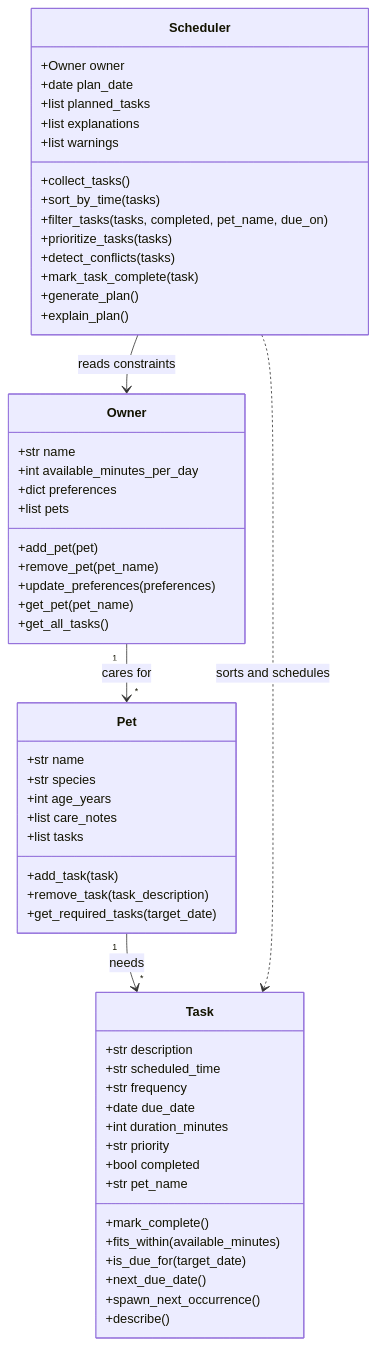
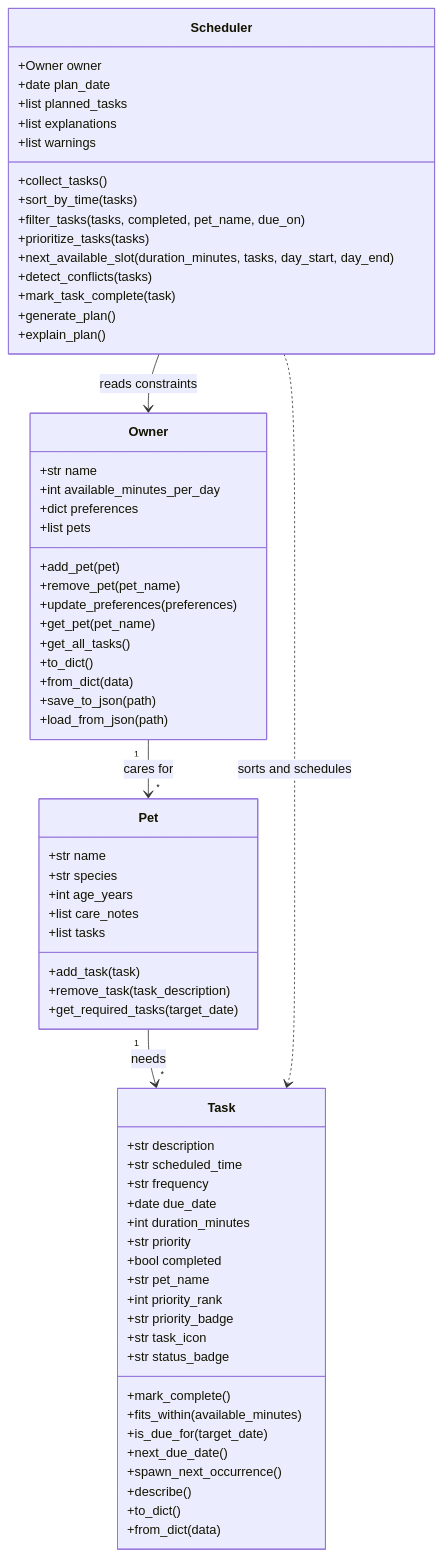
One commit to cyrilkups/ai110-module2show-pawpal-starter changed the diagram in reflection.md. Above: the diagram before and after it, drawn with Mermaid. The commit also changed other lines of this file and 6 other files, not shown here.

````diff
--- a/reflection.md
+++ b/reflection.md
@@ -22,63 +22,74 @@
 ```mermaid
 classDiagram
     class Pet {
         +str name
         +str species
         +int age_years
         +list care_notes
         +list tasks
         +add_task(task)
         +remove_task(task_description)
         +get_required_tasks(target_date)
     }
 
     class Task {
         +str description
         +str scheduled_time
         +str frequency
         +date due_date
         +int duration_minutes
         +str priority
         +bool completed
         +str pet_name
+        +int priority_rank
+        +str priority_badge
+        +str task_icon
+        +str status_badge
         +mark_complete()
         +fits_within(available_minutes)
         +is_due_for(target_date)
         +next_due_date()
         +spawn_next_occurrence()
         +describe()
+        +to_dict()
+        +from_dict(data)
     }
 
     class Owner {
         +str name
         +int available_minutes_per_day
         +dict preferences
         +list pets
         +add_pet(pet)
         +remove_pet(pet_name)
         +update_preferences(preferences)
         +get_pet(pet_name)
         +get_all_tasks()
+        +to_dict()
+        +from_dict(data)
+        +save_to_json(path)
+        +load_from_json(path)
     }
 
     class Scheduler {
         +Owner owner
         +date plan_date
         +list planned_tasks
         +list explanations
         +list warnings
         +collect_tasks()
         +sort_by_time(tasks)
         +filter_tasks(tasks, completed, pet_name, due_on)
         +prioritize_tasks(tasks)
+        +next_available_slot(duration_minutes, tasks, day_start, day_end)
         +detect_conflicts(tasks)
         +mark_task_complete(task)
         +generate_plan()
         +explain_plan()
     }
 
     Owner "1" --> "*" Pet : cares for
     Pet "1" --> "*" Task : needs
     Scheduler --> Owner : reads constraints
     Scheduler ..> Task : sorts and schedules
 ```
````
